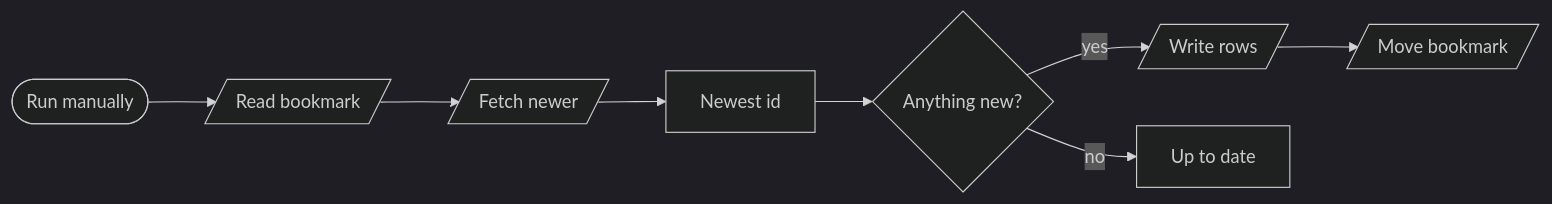
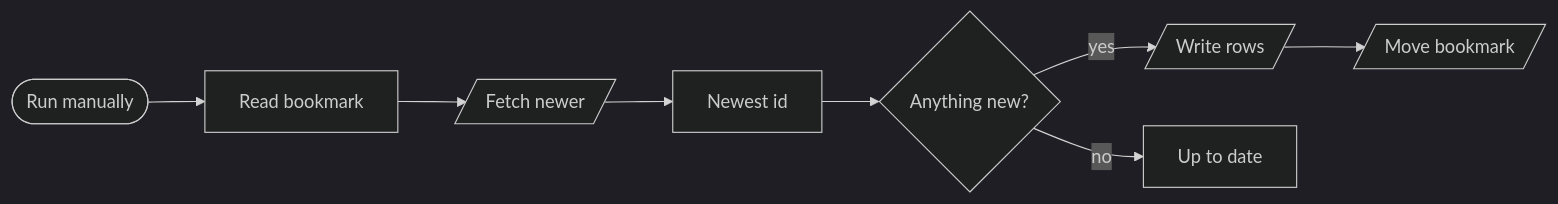
Before and after one commit to kimjoshuadr/n8n-workflows: the sixth of 7 diagrams in blocks/data/README.md, drawn with Mermaid (dark theme). The commit also changed other lines of this file and 184 other files, not shown here.

Commit message:
Finish the move to named platforms: blocks, BambooHR, generated README, schema and platform marks

````diff
--- a/blocks/data/README.md
+++ b/blocks/data/README.md
@@ -142,18 +130,18 @@
 ```mermaid
 flowchart LR
   n14dx75b(["Run manually"])
-  nw26cop[/"Read bookmark"/]
+  nw26cop["Read bookmark"]
   nrf8an4[/"Fetch newer"/]
   n91pc9a["Newest id"]
   nqlf16e{"Anything new?"}
   nqjsjj5[/"Write rows"/]
   nikzyzi[/"Move bookmark"/]
   n1hdwi6t["Up to date"]
   n14dx75b --> nw26cop
   nw26cop --> nrf8an4
   nrf8an4 --> n91pc9a
   n91pc9a --> nqlf16e
   nqlf16e -->|yes| nqjsjj5
   nqjsjj5 --> nikzyzi
   nqlf16e -->|no| n1hdwi6t
 ```
````
